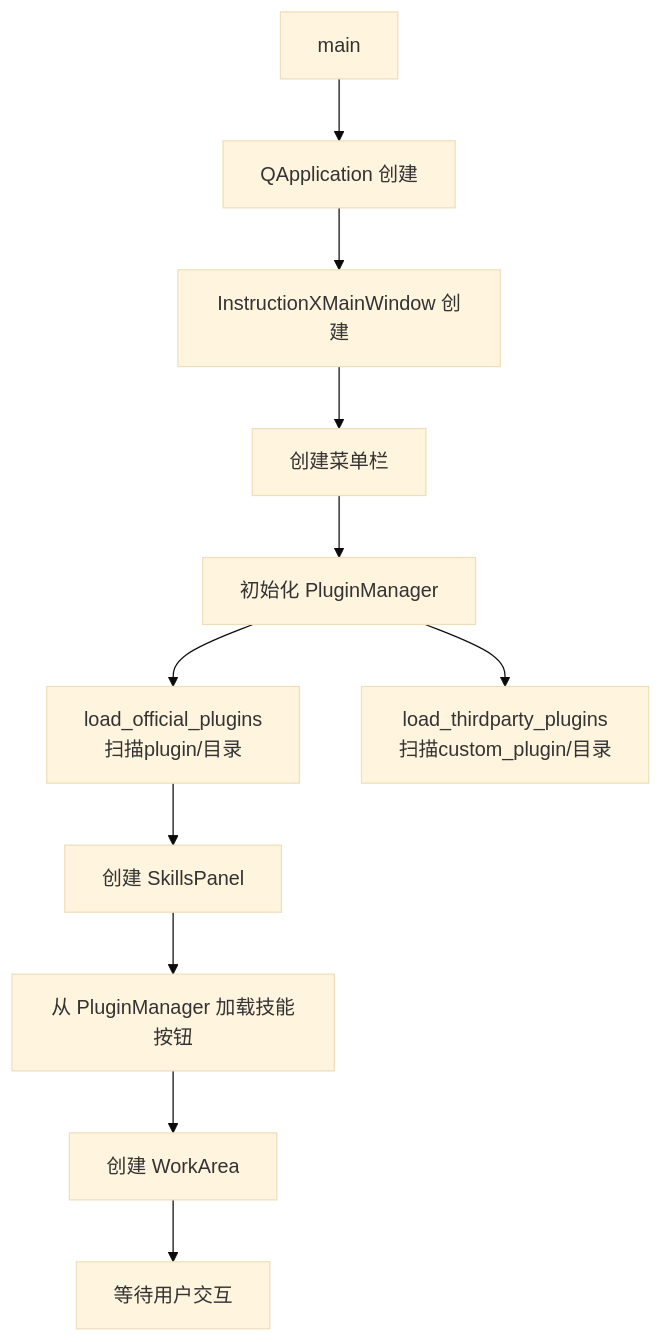
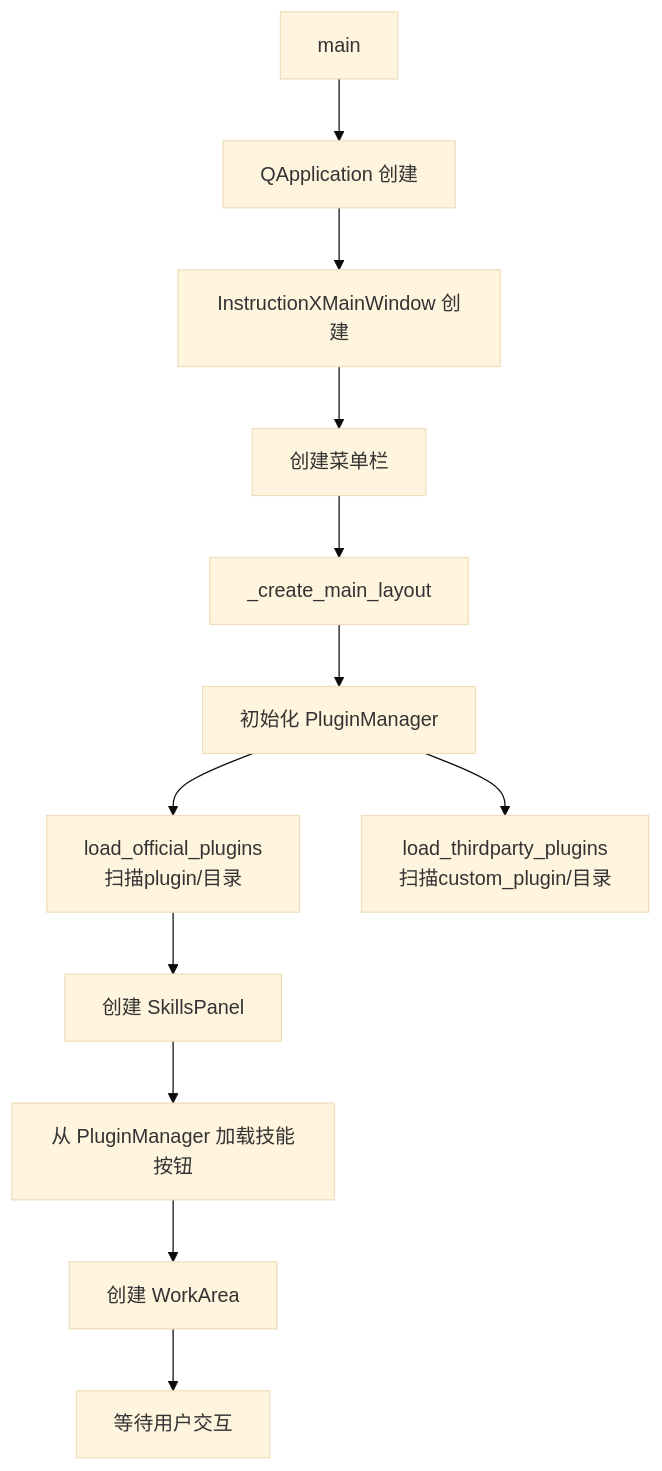
One commit to KKPIP-Tech/InstructionX changed the fourth of 4 diagrams in docs/architecture/overview.md. Above: the diagram before and after it, drawn with Mermaid (base theme). The commit also changed other lines of this file and 28 other files, not shown here.

````diff
--- a/docs/architecture/overview.md
+++ b/docs/architecture/overview.md
@@ -326,13 +326,14 @@
 ```mermaid
 flowchart TD
     A[main] --> B[QApplication 创建]
     B --> C[InstructionXMainWindow 创建]
     C --> D[创建菜单栏]
-    D --> E[初始化 PluginManager]
-    E --> F[load_official_plugins<br/>扫描plugin/目录]
-    E --> G[load_thirdparty_plugins<br/>扫描custom_plugin/目录]
+    D --> E[_create_main_layout]
+    E --> E1[初始化 PluginManager]
+    E1 --> F[load_official_plugins<br/>扫描plugin/目录]
+    E1 --> G[load_thirdparty_plugins<br/>扫描custom_plugin/目录]
     F --> H[创建 SkillsPanel]
     H --> I[从 PluginManager 加载技能按钮]
     I --> J[创建 WorkArea]
     J --> K[等待用户交互]
 ```
````
